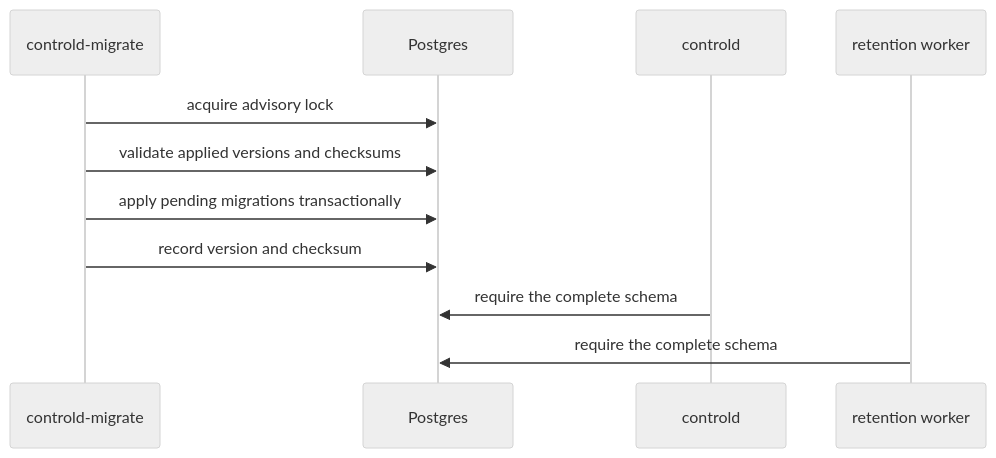
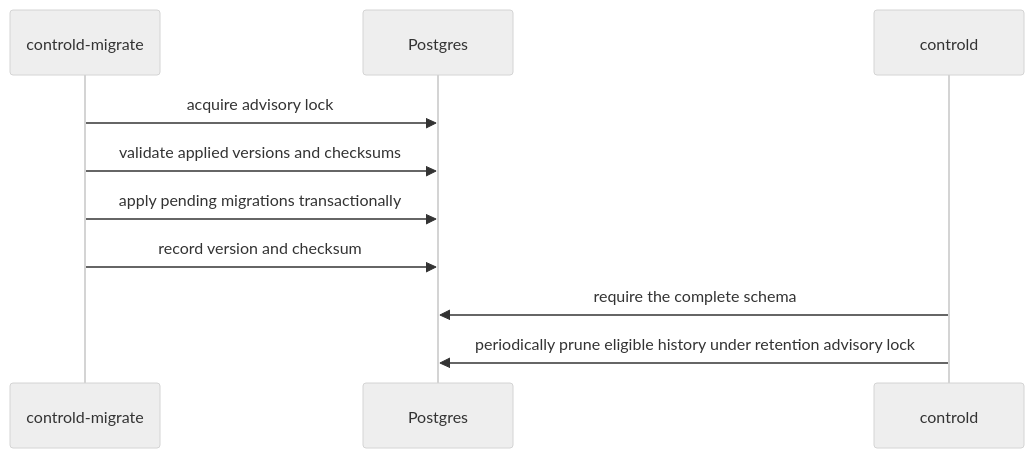
The first of 4 diagrams in control/controld/docs/postgres-schema-design.md (cofy-x/axern), drawn with Mermaid (neutral theme) before and after one commit. The commit also changed 37 other files, not shown here.

Commit message:
refactor(control): own retention inside controld (#223)

````diff
--- a/control/controld/docs/postgres-schema-design.md
+++ b/control/controld/docs/postgres-schema-design.md
@@ -15,14 +15,13 @@
 ```mermaid
 sequenceDiagram
   participant Migrate as controld-migrate
   participant DB as Postgres
   participant Control as controld
-  participant Retention as retention worker
 
   Migrate->>DB: acquire advisory lock
   Migrate->>DB: validate applied versions and checksums
   Migrate->>DB: apply pending migrations transactionally
   Migrate->>DB: record version and checksum
   Control->>DB: require the complete schema
-  Retention->>DB: require the complete schema
+  Control->>DB: periodically prune eligible history under retention advisory lock
 ```
````
